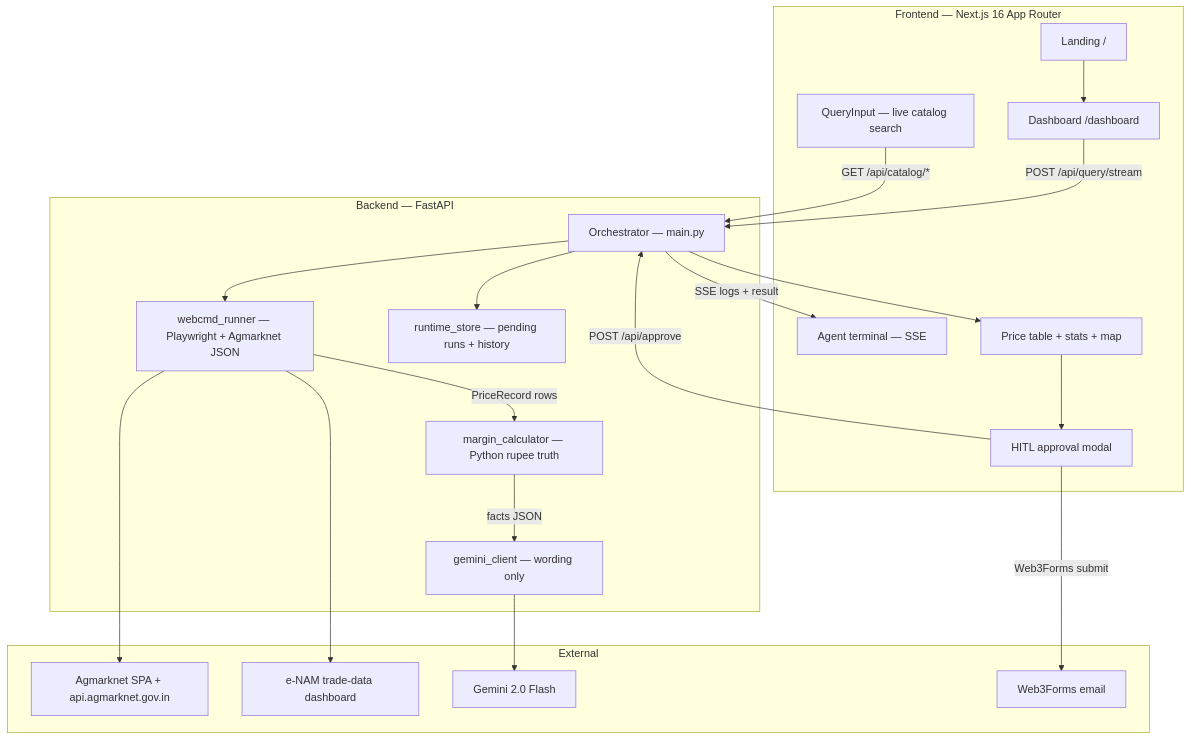
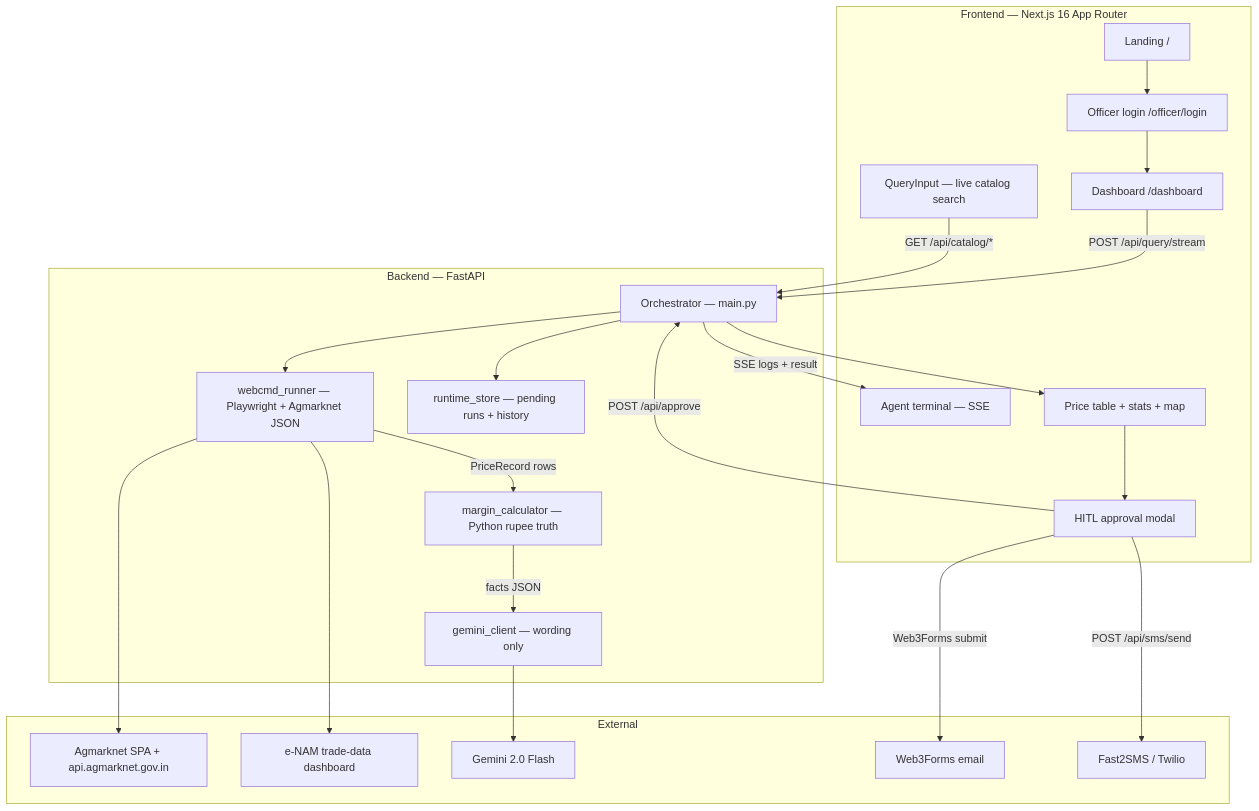
Before and after one commit to Sayim07/MundiPulse_AI: the first of 2 diagrams in README.md, drawn with Mermaid. The commit also changed other lines of this file and 25 other files, not shown here.

Commit message:
feat: add officer JWT auth, farmer registry, and SMS compose flow

````diff
--- a/README.md
+++ b/README.md
@@ -65,42 +66,46 @@
 ```mermaid
 flowchart TD
     subgraph Client ["Frontend — Next.js 16 App Router"]
         LAND["Landing /"]
+        LOGIN["Officer login /officer/login"]
         DASH["Dashboard /dashboard"]
         CAT["QueryInput — live catalog search"]
         AT["Agent terminal — SSE"]
         PT["Price table + stats + map"]
         MODAL["HITL approval modal"]
     end
 
     subgraph Backend ["Backend — FastAPI"]
         API["Orchestrator — main.py"]
         RUN["webcmd_runner — Playwright + Agmarknet JSON"]
         MARGIN["margin_calculator — Python rupee truth"]
         LLM["gemini_client — wording only"]
         STORE["runtime_store — pending runs + history"]
     end
 
     subgraph External ["External"]
         AGM["Agmarknet SPA + api.agmarknet.gov.in"]
         ENAM["e-NAM trade-data dashboard"]
         GEM["Gemini 2.0 Flash"]
         W3["Web3Forms email"]
+        SMS["Fast2SMS / Twilio"]
     end
 
-    LAND --> DASH
+    LAND --> LOGIN
+    LOGIN --> DASH
     CAT -->|GET /api/catalog/*| API
     DASH -->|POST /api/query/stream| API
     API --> RUN
     RUN --> AGM
     RUN --> ENAM
     RUN -->|PriceRecord rows| MARGIN
     MARGIN -->|facts JSON| LLM
     LLM --> GEM
     API -->|SSE logs + result| AT
     API --> PT
     API --> STORE
     PT --> MODAL
     MODAL -->|Web3Forms submit| W3
     MODAL -->|POST /api/approve| API
+    MODAL -->|POST /api/sms/send| SMS
 ```
````
